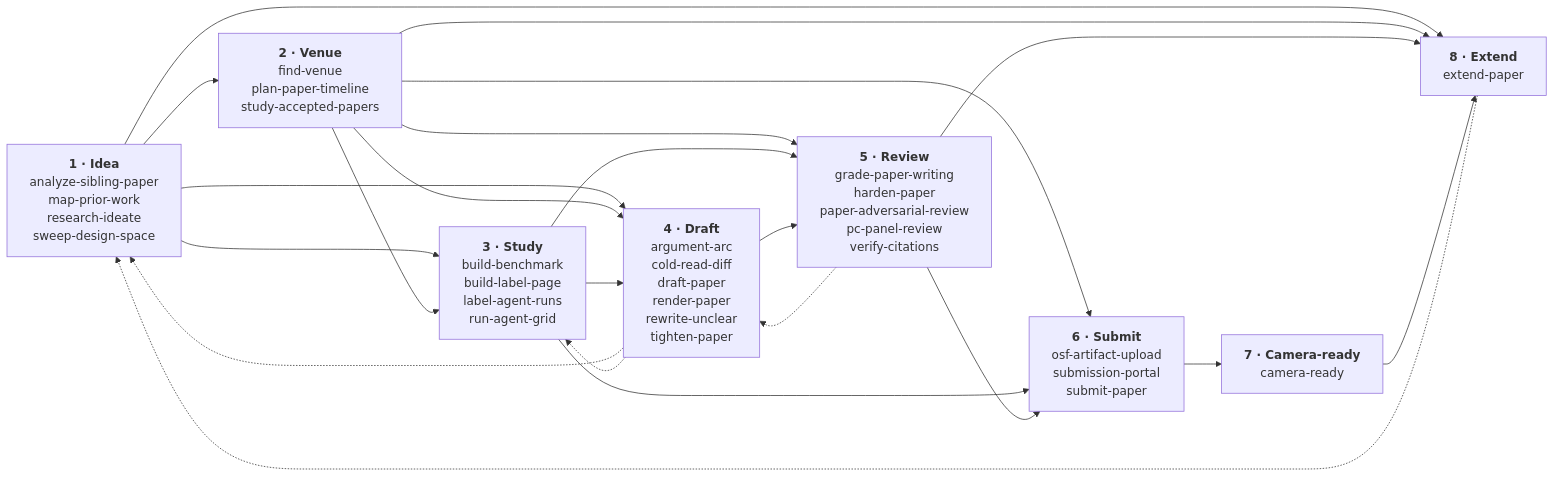
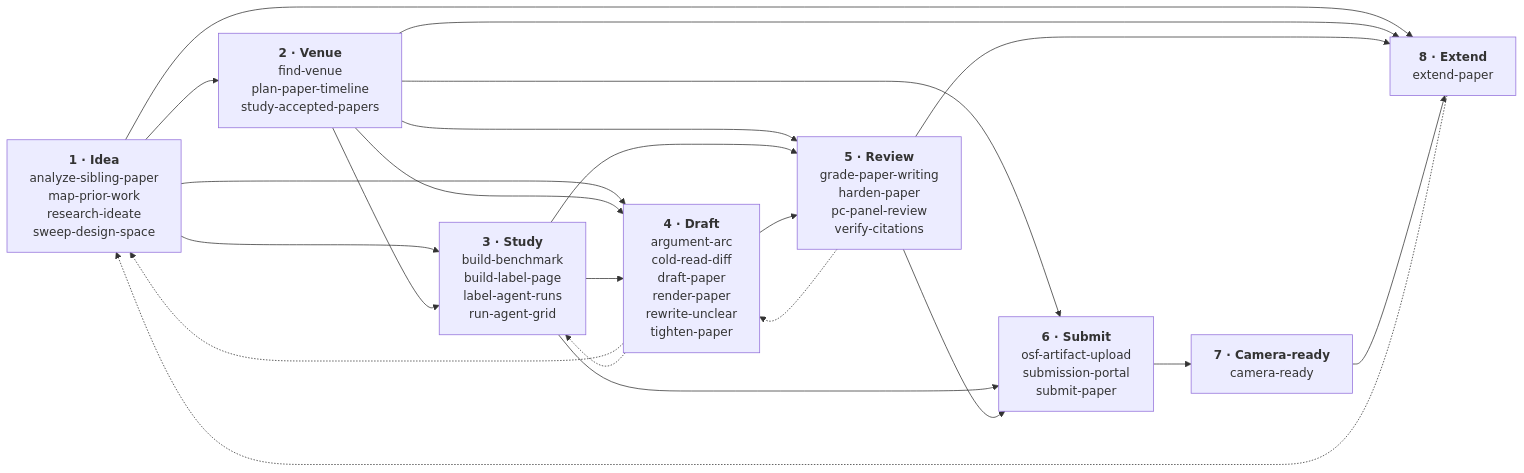
The first of 9 diagrams in docs/pipeline.md (zernie/paperlint), drawn with Mermaid before and after one commit. The commit also changed other lines of this file and 44 other files, not shown here.

````diff
--- a/docs/pipeline.md
+++ b/docs/pipeline.md
@@ -18,32 +18,32 @@
 ```mermaid
 flowchart LR
   stage_idea["<b>1 · Idea</b><br/>analyze-sibling-paper<br/>map-prior-work<br/>research-ideate<br/>sweep-design-space"]
   stage_venue["<b>2 · Venue</b><br/>find-venue<br/>plan-paper-timeline<br/>study-accepted-papers"]
   stage_study["<b>3 · Study</b><br/>build-benchmark<br/>build-label-page<br/>label-agent-runs<br/>run-agent-grid"]
   stage_draft["<b>4 · Draft</b><br/>argument-arc<br/>cold-read-diff<br/>draft-paper<br/>render-paper<br/>rewrite-unclear<br/>tighten-paper"]
-  stage_review["<b>5 · Review</b><br/>grade-paper-writing<br/>harden-paper<br/>paper-adversarial-review<br/>pc-panel-review<br/>verify-citations"]
+  stage_review["<b>5 · Review</b><br/>grade-paper-writing<br/>harden-paper<br/>pc-panel-review<br/>verify-citations"]
   stage_submit["<b>6 · Submit</b><br/>osf-artifact-upload<br/>submission-portal<br/>submit-paper"]
   stage_camera_ready["<b>7 · Camera-ready</b><br/>camera-ready"]
   stage_extend["<b>8 · Extend</b><br/>extend-paper"]
   stage_idea --> stage_venue
   stage_idea --> stage_study
   stage_idea --> stage_draft
   stage_idea --> stage_extend
   stage_venue --> stage_study
   stage_venue --> stage_draft
   stage_venue --> stage_review
   stage_venue --> stage_submit
   stage_venue --> stage_extend
   stage_study --> stage_draft
   stage_study --> stage_review
   stage_study --> stage_submit
   stage_draft --> stage_review
   stage_review --> stage_submit
   stage_review --> stage_extend
   stage_submit --> stage_camera_ready
   stage_camera_ready --> stage_extend
   stage_draft -.-> stage_idea
   stage_draft -.-> stage_study
   stage_review -.-> stage_draft
   stage_extend -.-> stage_idea
 ```
````
